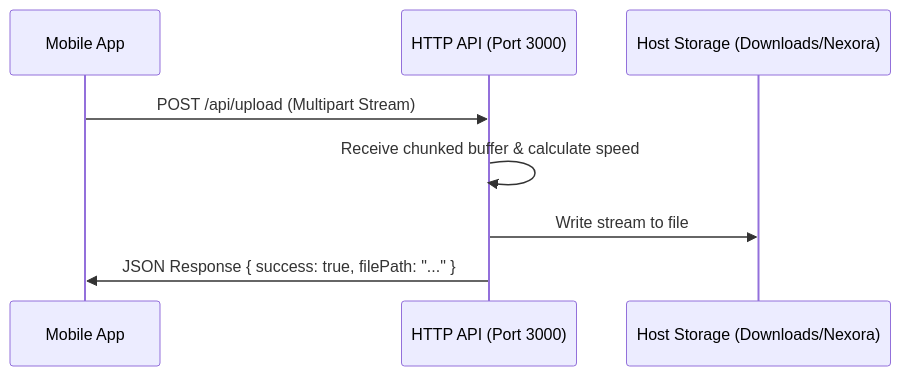
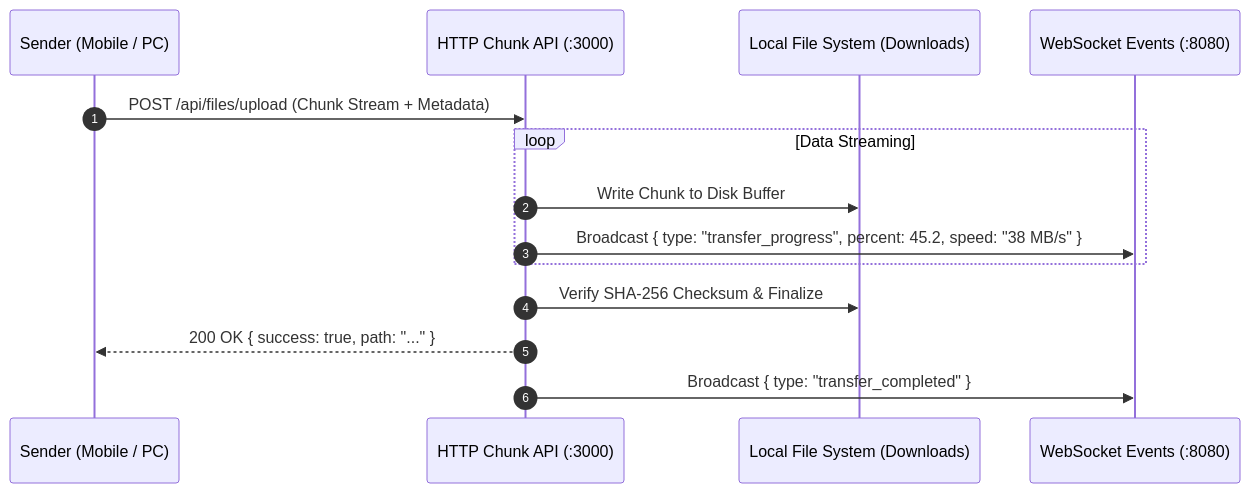
Before and after one commit to baaghinitesh/Nexora-desktop-release: the diagram in docs/file_transfer.md, drawn with Mermaid. The commit also changed other lines of this file and 9 other files, not shown here.

````diff
--- a/docs/file_transfer.md
+++ b/docs/file_transfer.md
@@ -11,11 +11,17 @@
 ```mermaid
 sequenceDiagram
-    participant Mobile as Mobile App
-    participant Server as HTTP API (Port 3000)
-    participant Disk as Host Storage (Downloads/Nexora)
+    autonumber
+    participant Client as Sender (Mobile / PC)
+    participant API as HTTP Chunk API (:3000)
+    participant FS as Local File System (Downloads)
+    participant WS as WebSocket Events (:8080)
 
-    Mobile->>Server: POST /api/upload (Multipart Stream)
-    Server->>Server: Receive chunked buffer & calculate speed
-    Server->>Disk: Write stream to file
-    Server->>Mobile: JSON Response { success: true, filePath: "..." }
+    Client->>API: POST /api/files/upload (Chunk Stream + Metadata)
+    loop Data Streaming
+        API->>FS: Write Chunk to Disk Buffer
+        API->>WS: Broadcast { type: "transfer_progress", percent: 45.2, speed: "38 MB/s" }
+    end
+    API->>FS: Verify SHA-256 Checksum & Finalize
+    API-->>Client: 200 OK { success: true, path: "..." }
+    API->>WS: Broadcast { type: "transfer_completed" }
 ```
````
